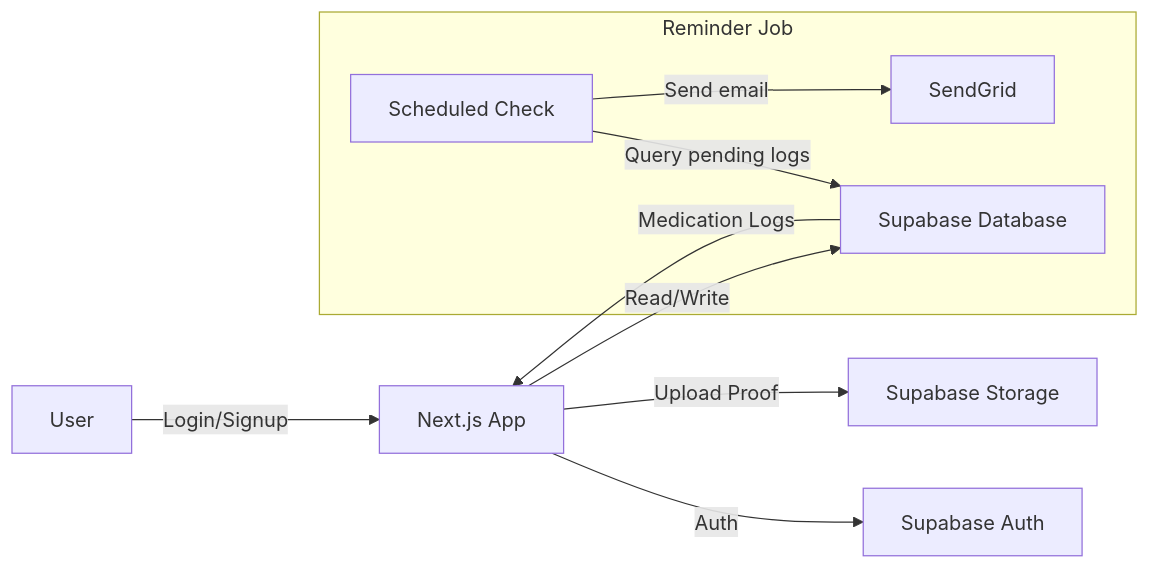
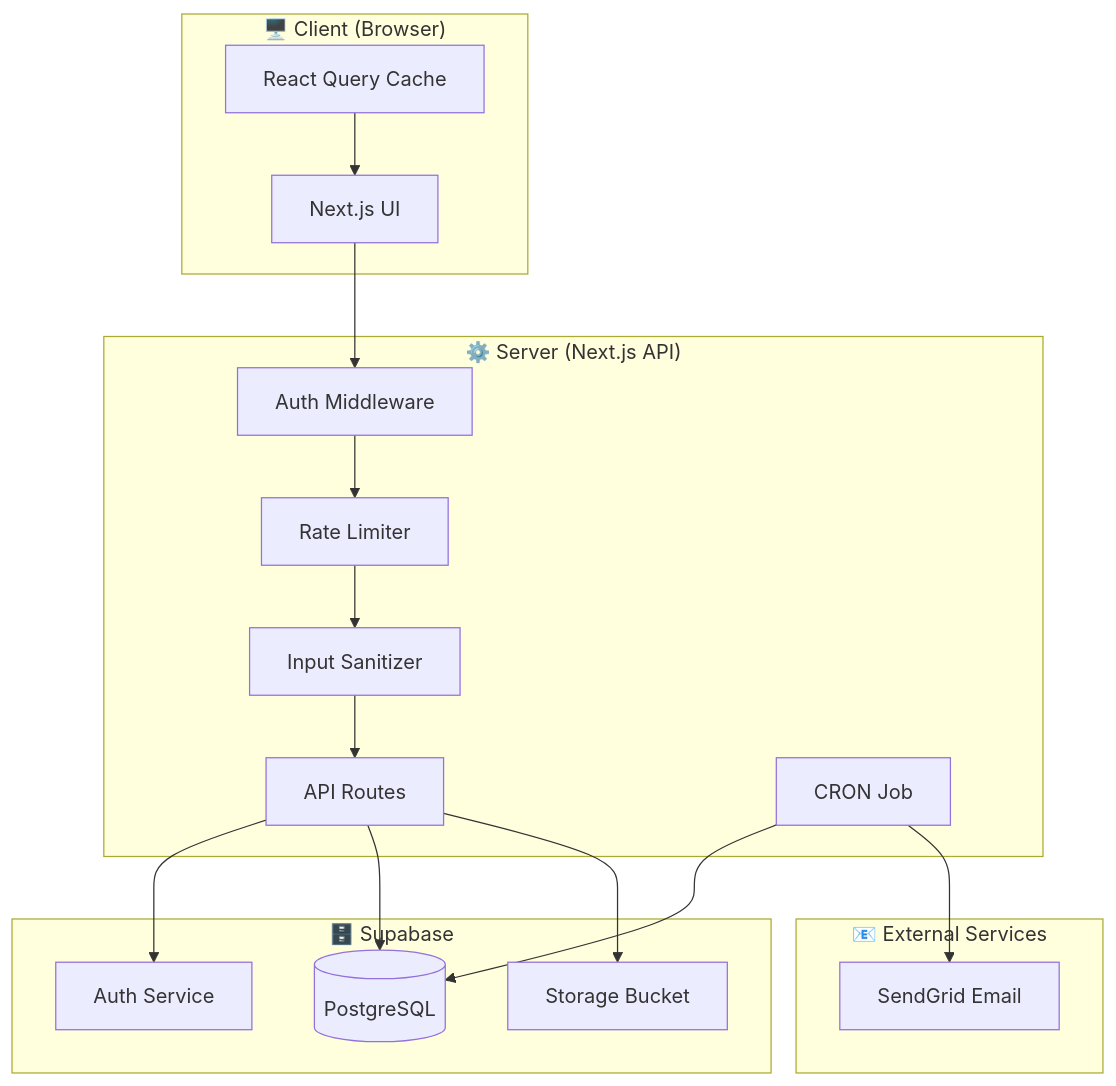
Before and after one commit to Anujsinghdevx/MedsBuddy: the first of 2 diagrams in README.md, drawn with Mermaid. The commit also changed other lines of this file, not shown here.

````diff
--- a/README.md
+++ b/README.md
@@ -77,15 +96,36 @@
 ```mermaid
-flowchart LR
-	U[User] -->|Login/Signup| UI[Next.js App]
-	UI -->|Auth| SBAuth[Supabase Auth]
-	UI -->|Read/Write| SBDB[Supabase Database]
-	UI -->|Upload Proof| SBStorage[Supabase Storage]
+flowchart TB
+    subgraph Client["🖥️ Client (Browser)"]
+        UI[Next.js UI]
+        RQ[React Query Cache]
+    end
 
-	subgraph Reminder Job
-		JOB[Scheduled Check]
-		JOB -->|Query pending logs| SBDB
-		JOB -->|Send email| SG[SendGrid]
-	end
+    subgraph Server["⚙️ Server (Next.js API)"]
+        Auth[Auth Middleware]
+        RL[Rate Limiter]
+        SAN[Input Sanitizer]
+        API[API Routes]
+        CRON[CRON Job]
+    end
 
-	SBDB -->|Medication Logs| UI
+    subgraph Supabase["🗄️ Supabase"]
+        SBAuth[Auth Service]
+        SBDB[(PostgreSQL)]
+        SBStorage[Storage Bucket]
+    end
+
+    subgraph External["📧 External Services"]
+        SG[SendGrid Email]
+    end
+
+    UI --> Auth
+    Auth --> RL
+    RL --> SAN
+    SAN --> API
+    API --> SBAuth
+    API --> SBDB
+    API --> SBStorage
+    CRON --> SBDB
+    CRON --> SG
+    RQ --> UI
 ```
````
